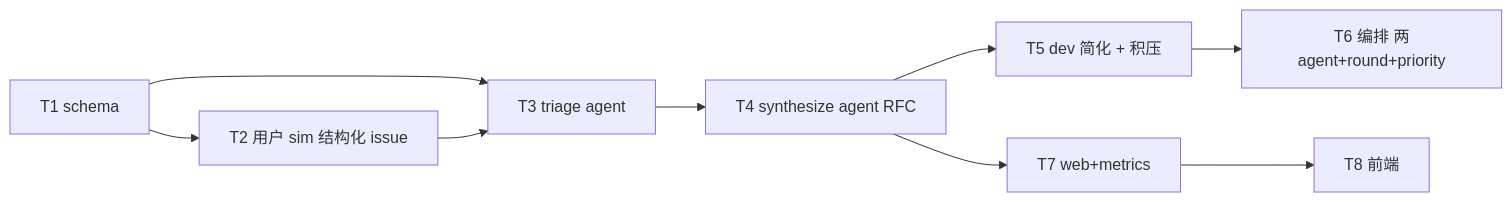
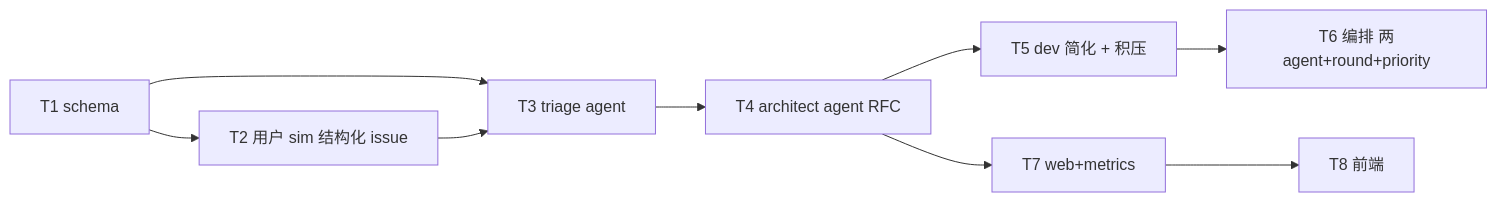
One commit to Curry09/AHE-Beta changed the diagram in docs/specs/0025-issue-triage-funnel.md. Above: the diagram before and after it, drawn with Mermaid. The commit also changed other lines of this file and 780 other files, not shown here.

Commit message:
refactor: align AHE-Beta branding and Architect naming (#75)

````diff
--- a/docs/specs/0025-issue-triage-funnel.md
+++ b/docs/specs/0025-issue-triage-funnel.md
@@ -271,19 +271,19 @@
 ```mermaid
 graph LR
   T1[T1 schema]
   T2[T2 用户 sim 结构化 issue]
   T3[T3 triage agent]
-  T4[T4 synthesize agent RFC]
+  T4[T4 architect agent RFC]
   T5[T5 dev 简化 + 积压]
   T6[T6 编排 两agent+round+priority]
   T7[T7 web+metrics]
   T8[T8 前端]
   T1 --> T2
   T1 --> T3
   T2 --> T3
   T3 --> T4
   T4 --> T5
   T5 --> T6
   T4 --> T7
   T7 --> T8
 ```
````
